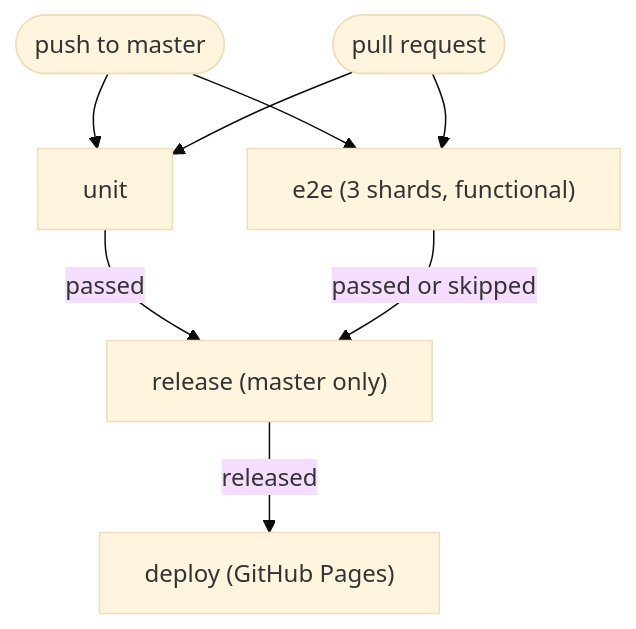
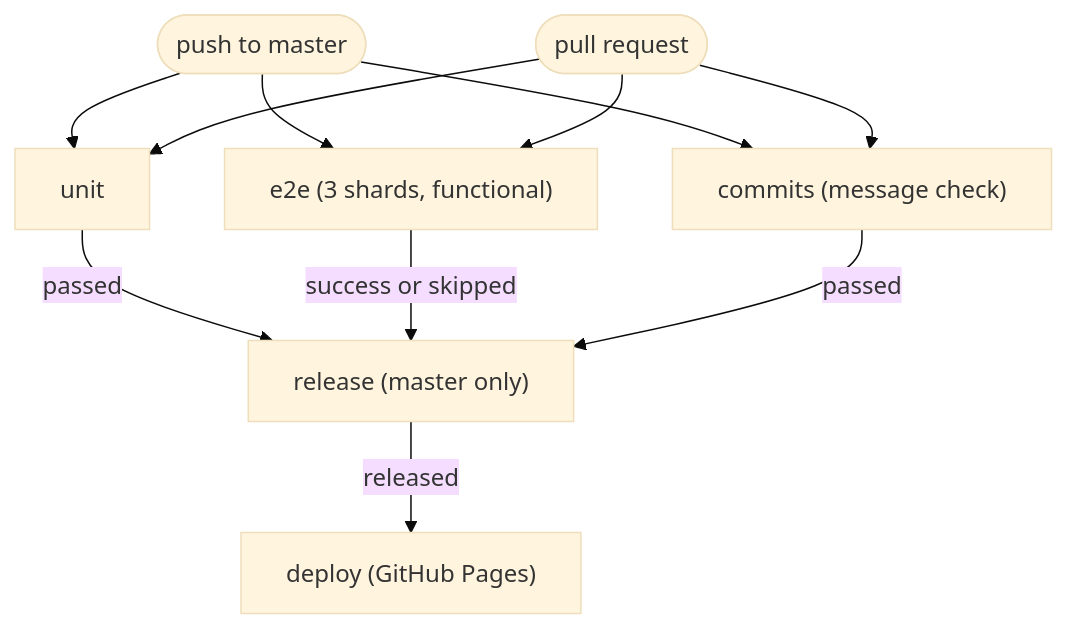
One commit to OpenGIS/app changed the diagram in docs/13.ci.md. Above: the diagram before and after it, drawn with Mermaid (base theme). The commit also changed other lines of this file and 3 other files, not shown here.

````diff
--- a/docs/13.ci.md
+++ b/docs/13.ci.md
@@ -16,10 +16,13 @@
 ```mermaid
 flowchart TD
     push([push to master]) --> unit
     push --> e2e["e2e (3 shards, functional)"]
+    push --> commits["commits (message check)"]
     pr([pull request]) --> unit
     pr --> e2e
+    pr --> commits
     unit -->|passed| release["release (master only)"]
-    e2e -->|passed or skipped| release
+    e2e -->|success or skipped| release
+    commits -->|passed| release
     release -->|released| deploy["deploy (GitHub Pages)"]
 ```
````
